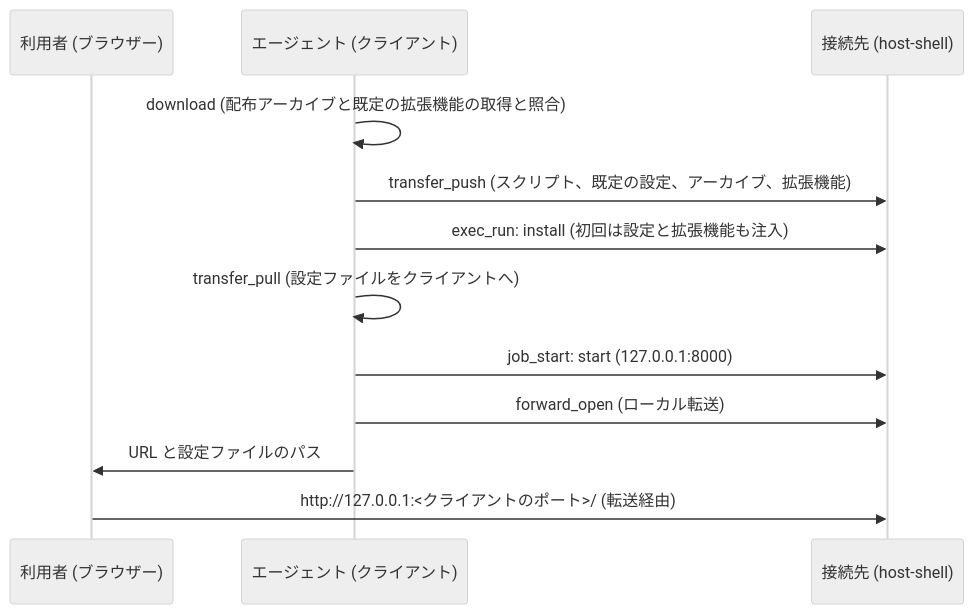
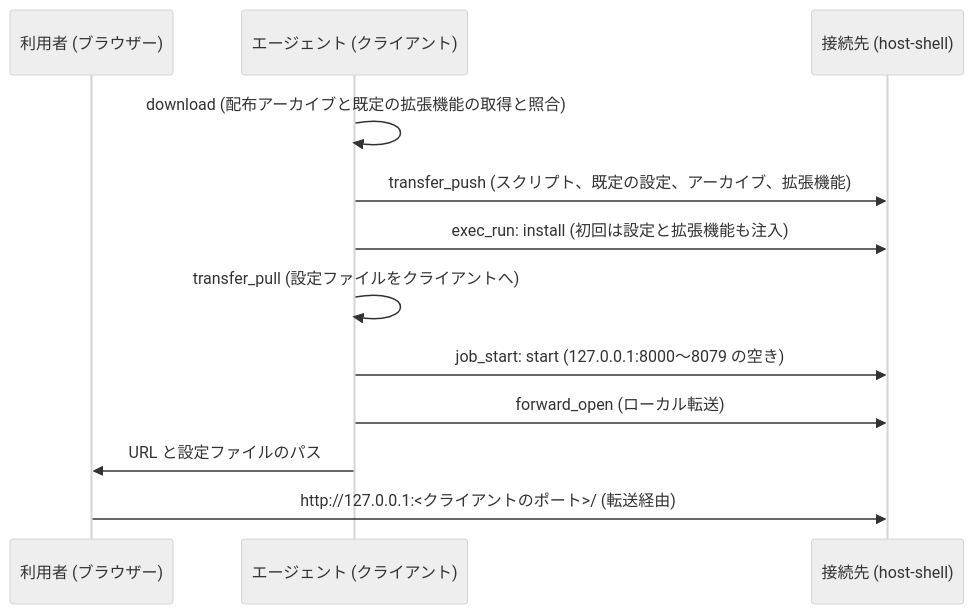
One commit to Hondarer/host-shell-mcp changed the diagram in docs/ja/code-server.md. Above: the diagram before and after it, drawn with Mermaid (neutral theme). The commit also changed other lines of this file and 24 other files, not shown here.

````diff
--- a/docs/ja/code-server.md
+++ b/docs/ja/code-server.md
@@ -9,14 +9,14 @@
 ```mermaid
 sequenceDiagram
     participant U as 利用者 (ブラウザー)
     participant A as エージェント (クライアント)
     participant T as 接続先 (host-shell)
     A->>A: download (配布アーカイブと既定の拡張機能の取得と照合)
     A->>T: transfer_push (スクリプト、既定の設定、アーカイブ、拡張機能)
     A->>T: exec_run: install (初回は設定と拡張機能も注入)
     A->>A: transfer_pull (設定ファイルをクライアントへ)
-    A->>T: job_start: start (127.0.0.1:8000)
+    A->>T: job_start: start (127.0.0.1:8000〜8079 の空き)
     A->>T: forward_open (ローカル転送)
     A->>U: URL と設定ファイルのパス
     U->>T: http://127.0.0.1:<クライアントのポート>/ (転送経由)
 ```
````
